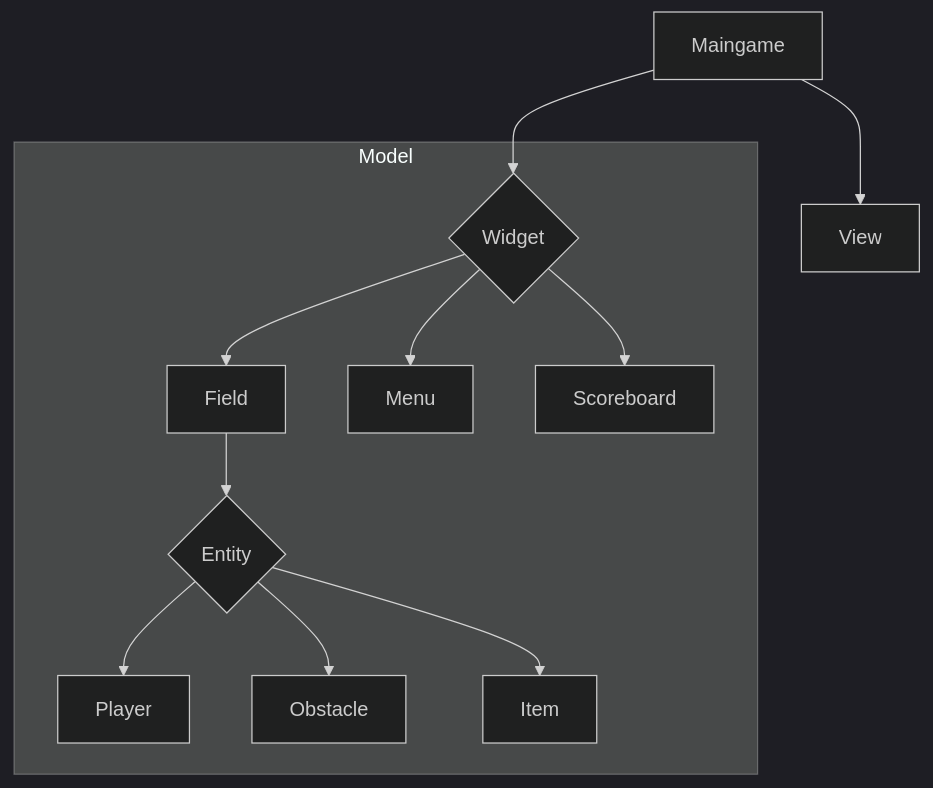
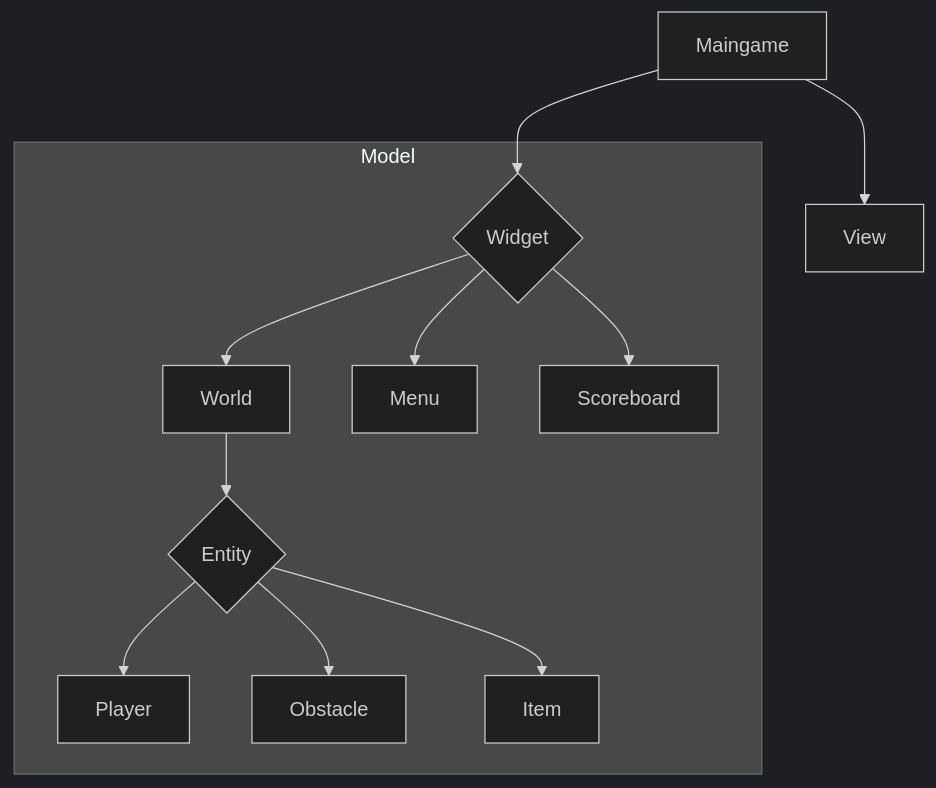
One commit to Triple1312/GP_TurboHiker changed the diagram in README.md. Above: the diagram before and after it, drawn with Mermaid (dark theme). The commit also changed 5486 other files, not shown here.

````diff
--- a/README.md
+++ b/README.md
@@ -3,14 +3,14 @@
 ```mermaid
 graph TD
   Maingame --> View
   Maingame --> C
   subgraph Model
-  C{Widget} --> Field
+  C{Widget} --> World
   C --> Menu
   C --> Scoreboard
-  Field --> E
+  World --> E
   E{Entity} --> Player
   E --> Obstacle
   E --> Item
   end
 ```
````
